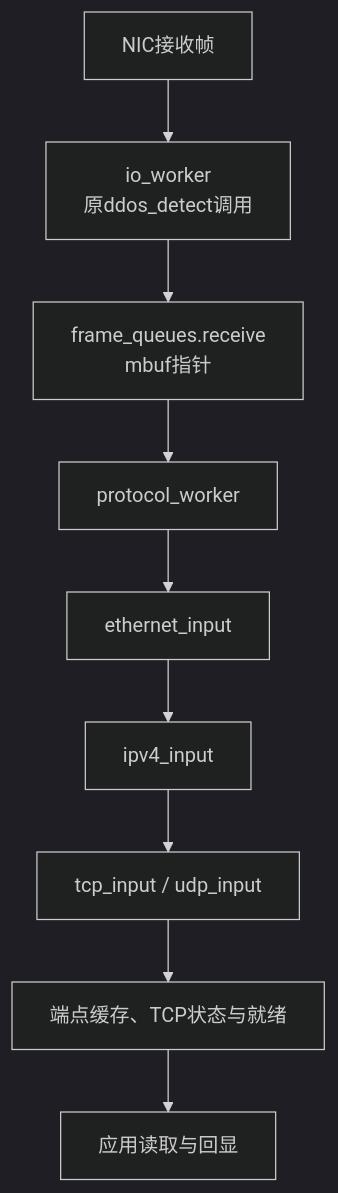
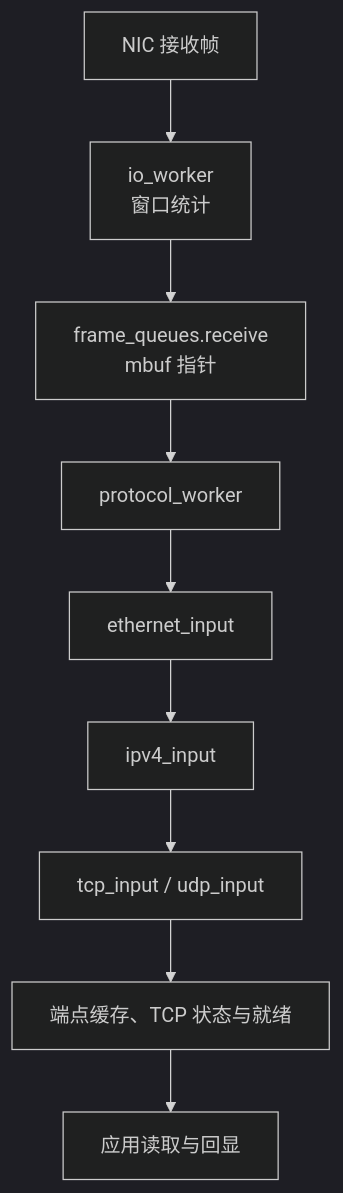
The first of 2 diagrams in README.md (x853084989-source/tcp-stack), drawn with Mermaid (dark theme) before and after one commit. The commit also changed other lines of this file, not shown here.

````diff
--- a/README.md
+++ b/README.md
@@ -25,11 +27,11 @@
 ```mermaid
 flowchart TD
-    NIC["NIC接收帧"] --> IO["io_worker<br/>原ddos_detect调用"]
-    IO --> Q["frame_queues.receive<br/>mbuf指针"]
+    NIC["NIC 接收帧"] --> IO["io_worker<br/>窗口统计"]
+    IO --> Q["frame_queues.receive<br/>mbuf 指针"]
     Q --> W["protocol_worker"]
     W --> E["ethernet_input"]
     E --> IP["ipv4_input"]
     IP --> T["tcp_input / udp_input"]
-    T --> S["端点缓存、TCP状态与就绪"]
+    T --> S["端点缓存、TCP 状态与就绪"]
     S --> APP["应用读取与回显"]
 ```
````
